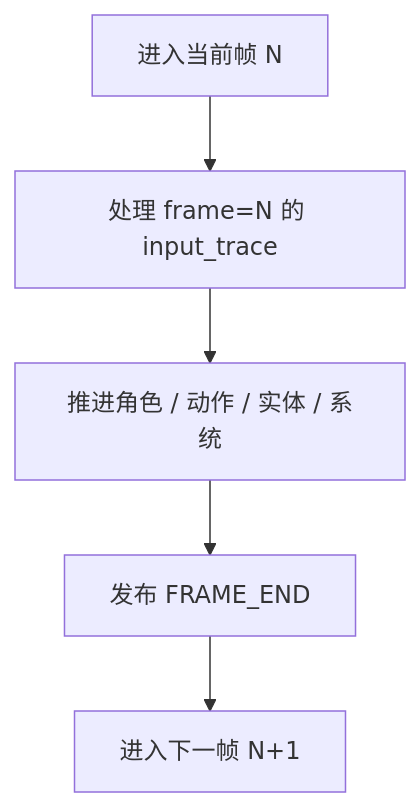
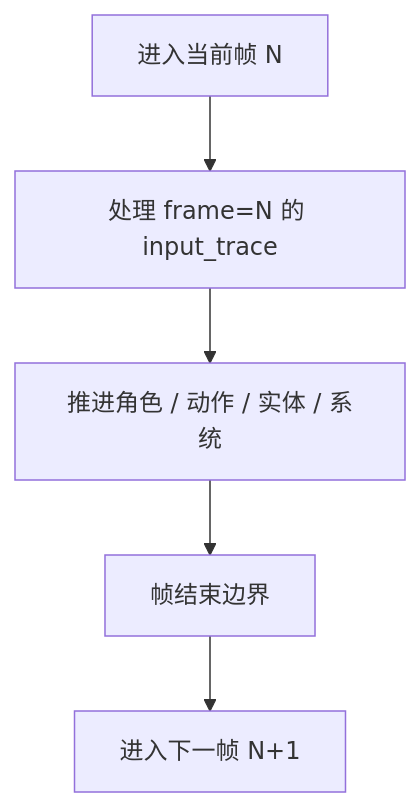
The third of 4 diagrams in docs/架构/当前项目架构流程图.md (MCZME/Genshin-Simulation-Lab), drawn with Mermaid before and after one commit. The commit also changed other lines of this file and 29 other files, not shown here.

````diff
--- a/docs/架构/当前项目架构流程图.md
+++ b/docs/架构/当前项目架构流程图.md
@@ -91,13 +92,13 @@
 ```mermaid
 flowchart TD
     START["进入当前帧 N"]
     INPUT["处理 frame=N 的 input_trace"]
     TICK["推进角色 / 动作 / 实体 / 系统"]
-    FRAME_END["发布 FRAME_END"]
+    FRAME_BOUNDARY["帧结束边界"]
     NEXT["进入下一帧 N+1"]
 
     START --> INPUT
     INPUT --> TICK
-    TICK --> FRAME_END
-    FRAME_END --> NEXT
+    TICK --> FRAME_BOUNDARY
+    FRAME_BOUNDARY --> NEXT
 ```
````
